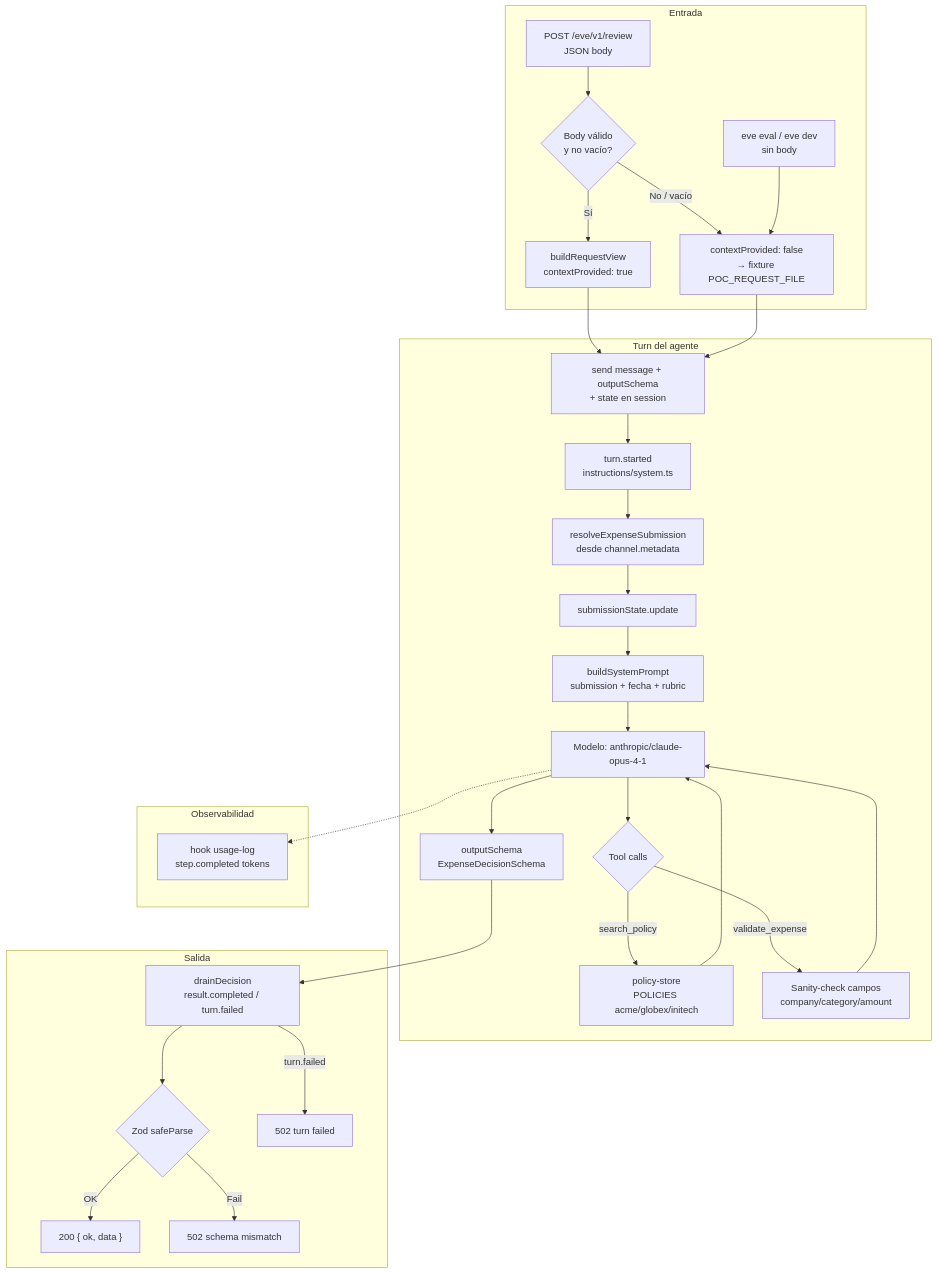
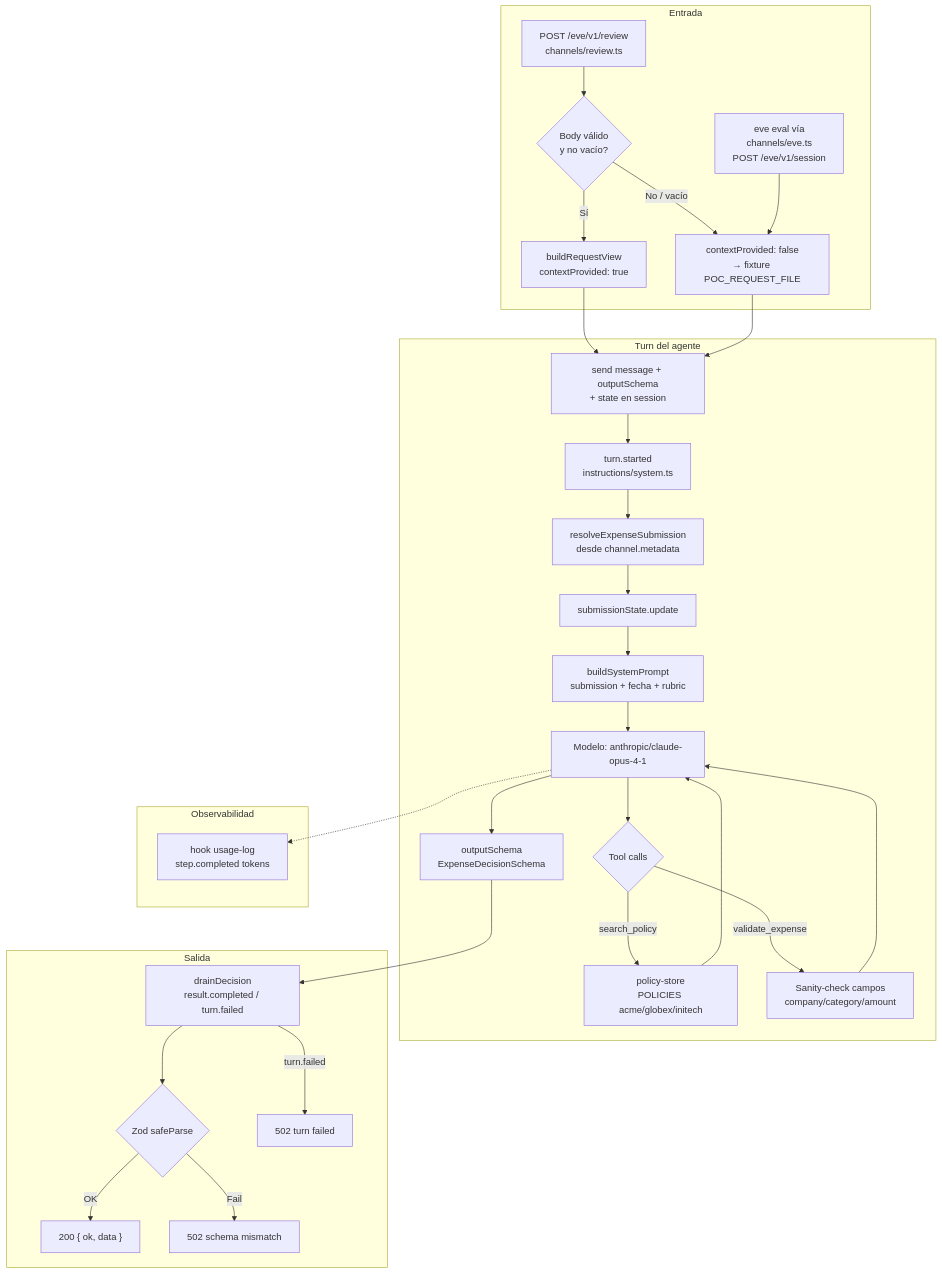
Before and after one commit to nicobytes/expense-guard-challenge: the first of 2 diagrams in NOTES.md, drawn with Mermaid. The commit also changed other lines of this file and 7 other files, not shown here.

Commit message:
Restore default Eve channel and separate review endpoint into a custom channel. Updated FINDINGS.md with details on the changes and fixed evals route. Added justfile for common tasks and skills-lock.json for skill management. Updated NOTES.md to reflect new channel structure.

````diff
--- a/NOTES.md
+++ b/NOTES.md
@@ -40,38 +41,38 @@
 ```mermaid
 flowchart TD
   subgraph Entry["Entrada"]
-    A["POST /eve/v1/review<br/>JSON body"] --> B{"Body válido<br/>y no vacío?"}
+    A["POST /eve/v1/review<br/>channels/review.ts"] --> B{"Body válido<br/>y no vacío?"}
     B -->|Sí| C["buildRequestView<br/>contextProvided: true"]
     B -->|No / vacío| D["contextProvided: false<br/>→ fixture POC_REQUEST_FILE"]
-    E["eve eval / eve dev<br/>sin body"] --> D
+    E["eve eval vía<br/>channels/eve.ts<br/>POST /eve/v1/session"] --> D
   end
 
   C --> F["send message + outputSchema<br/>+ state en session"]
   D --> F
 
   subgraph Turn["Turn del agente"]
     F --> G["turn.started<br/>instructions/system.ts"]
     G --> H["resolveExpenseSubmission<br/>desde channel.metadata"]
     H --> I["submissionState.update"]
     I --> J["buildSystemPrompt<br/>submission + fecha + rubric"]
     J --> K["Modelo: anthropic/claude-opus-4-1"]
     K --> L{"Tool calls"}
     L -->|search_policy| M["policy-store<br/>POLICIES acme/globex/initech"]
     L -->|validate_expense| N["Sanity-check campos<br/>company/category/amount"]
     M --> K
     N --> K
     K --> O["outputSchema<br/>ExpenseDecisionSchema"]
   end
 
   subgraph Out["Salida"]
     O --> P["drainDecision<br/>result.completed / turn.failed"]
     P --> Q{"Zod safeParse"}
     Q -->|OK| R["200 { ok, data }"]
     Q -->|Fail| S["502 schema mismatch"]
     P -->|turn.failed| T["502 turn failed"]
   end
 
   subgraph Parallel["Observabilidad"]
     K -.-> U["hook usage-log<br/>step.completed tokens"]
   end
 ```
````
